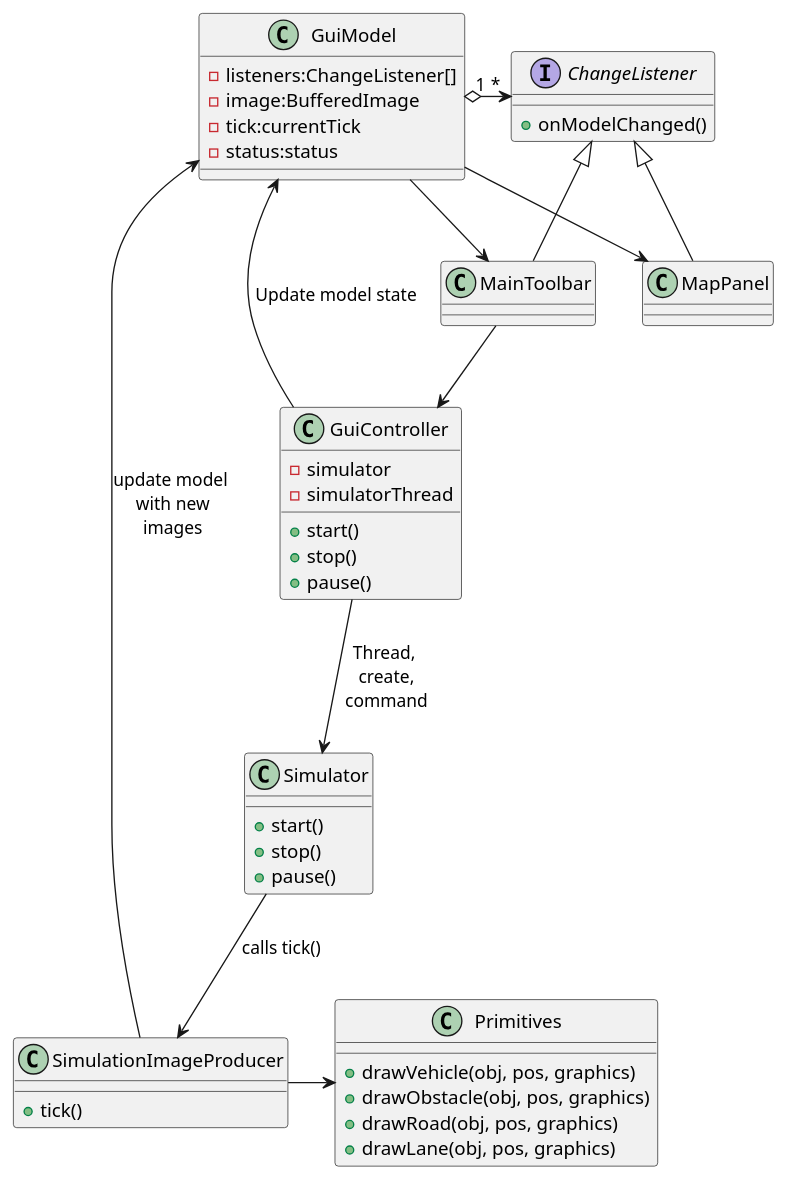
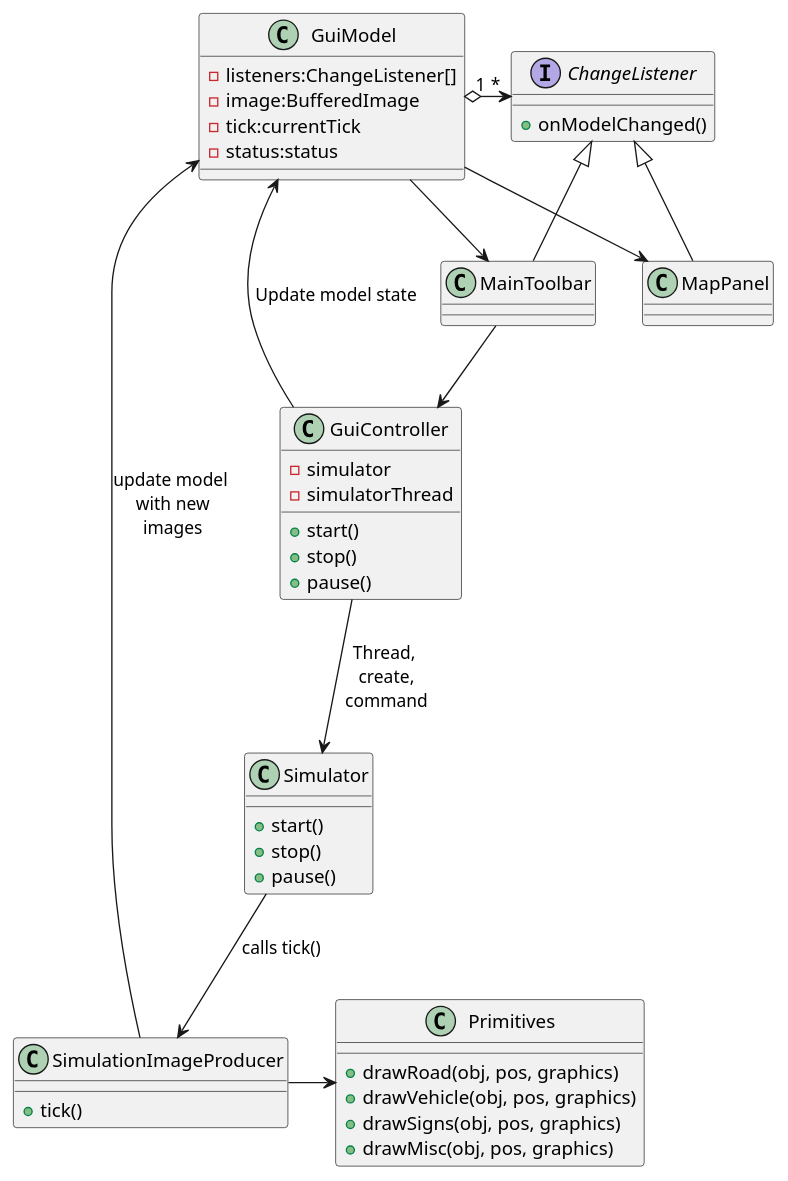
The diagram in uml_diagrams/GUI.puml (teamIndexZero/index_zero_trafficsystem), drawn with PlantUML before and after one commit. The commit also changed 1 other file, not shown here.

```diff
--- a/uml_diagrams/GUI.puml
+++ b/uml_diagrams/GUI.puml
@@ -1,65 +1,65 @@
 @startuml
 
 class GuiModel {
   -listeners:ChangeListener[]
   -image:BufferedImage
   -tick:currentTick
   -status:status
 }
 
 interface ChangeListener {
  +onModelChanged()
 }
 
 GuiModel "1" o-> "*" ChangeListener
 
 class GuiController {
  -simulator
  -simulatorThread
  +start()
  +stop()
  +pause()
 }
 
 class SimulationImageProducer {
 +tick()
 }
 
 class Primitives {
++drawRoad(obj, pos, graphics)
 +drawVehicle(obj, pos, graphics)
-+drawObstacle(obj, pos, graphics)
-+drawRoad(obj, pos, graphics)
-+drawLane(obj, pos, graphics)
++drawSigns(obj, pos, graphics)
++drawMisc(obj, pos, graphics)
 }
 
 Simulator --> SimulationImageProducer: calls tick()
 
 
 GuiModel <-- SimulationImageProducer:update model \nwith new\nimages
 SimulationImageProducer -> Primitives
 
 
 class Simulator {
 +start()
 +stop()
 +pause()
 }
 
 GuiController --> Simulator: Thread, \ncreate,\ncommand
 
 GuiController -> GuiModel: Update model state
 
 class MainToolbar {
 }
 
 class MapPanel {
 }
 
 ChangeListener <|-- MainToolbar
 ChangeListener <|-- MapPanel
 
 MainToolbar <-- GuiModel
 MapPanel <-- GuiModel
 
 MainToolbar --> GuiController
 @enduml
```
